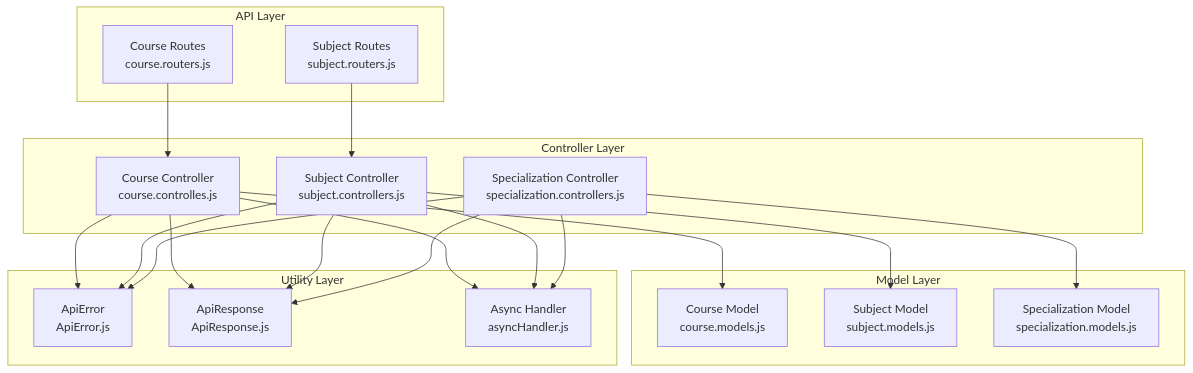
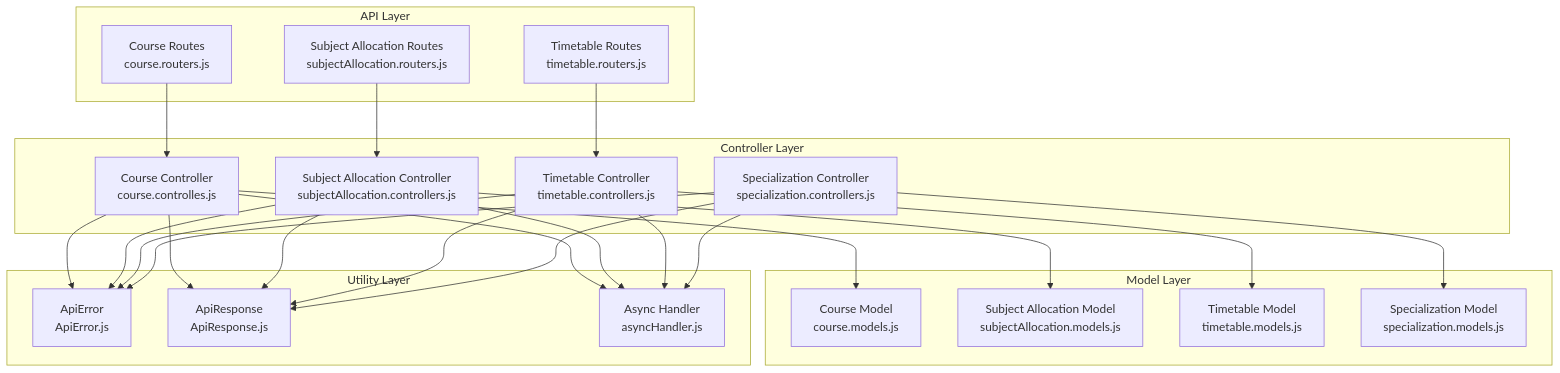
One commit to Aryan9060/Timetable-Project changed the first of 6 diagrams in .qoder/repowiki/en/content/API Reference/Master Data Endpoints/Course & Subject Management Endpoints.md. Above: the diagram before and after it, drawn with Mermaid. The commit also changed other lines of this file and 15 other files, not shown here.

````diff
--- a/.qoder/repowiki/en/content/API Reference/Master Data Endpoints/Course & Subject Management Endpoints.md
+++ b/.qoder/repowiki/en/content/API Reference/Master Data Endpoints/Course & Subject Management Endpoints.md
@@ -38,36 +49,44 @@
 ```mermaid
 graph TB
 subgraph "API Layer"
 COURSE_ROUTES["Course Routes<br/>course.routers.js"]
-SUBJECT_ROUTES["Subject Routes<br/>subject.routers.js"]
+SUBJECT_ALLOC_ROUTES["Subject Allocation Routes<br/>subjectAllocation.routers.js"]
+TIMETABLE_ROUTES["Timetable Routes<br/>timetable.routers.js"]
 end
 subgraph "Controller Layer"
 COURSE_CTRL["Course Controller<br/>course.controlles.js"]
-SUBJECT_CTRL["Subject Controller<br/>subject.controllers.js"]
+SUBJECT_ALLOC_CTRL["Subject Allocation Controller<br/>subjectAllocation.controllers.js"]
+TIMETABLE_CTRL["Timetable Controller<br/>timetable.controllers.js"]
 SPEC_CTRL["Specialization Controller<br/>specialization.controllers.js"]
 end
 subgraph "Model Layer"
 COURSE_MODEL["Course Model<br/>course.models.js"]
-SUBJECT_MODEL["Subject Model<br/>subject.models.js"]
+SUBJECT_ALLOC_MODEL["Subject Allocation Model<br/>subjectAllocation.models.js"]
+TIMETABLE_MODEL["Timetable Model<br/>timetable.models.js"]
 SPEC_MODEL["Specialization Model<br/>specialization.models.js"]
 end
 subgraph "Utility Layer"
 API_ERROR["ApiError<br/>ApiError.js"]
 API_RESPONSE["ApiResponse<br/>ApiResponse.js"]
 ASYNC_HANDLER["Async Handler<br/>asyncHandler.js"]
 end
 COURSE_ROUTES --> COURSE_CTRL
-SUBJECT_ROUTES --> SUBJECT_CTRL
+SUBJECT_ALLOC_ROUTES --> SUBJECT_ALLOC_CTRL
+TIMETABLE_ROUTES --> TIMETABLE_CTRL
 COURSE_CTRL --> COURSE_MODEL
-SUBJECT_CTRL --> SUBJECT_MODEL
+SUBJECT_ALLOC_CTRL --> SUBJECT_ALLOC_MODEL
+TIMETABLE_CTRL --> TIMETABLE_MODEL
 SPEC_CTRL --> SPEC_MODEL
 COURSE_CTRL --> API_ERROR
-SUBJECT_CTRL --> API_ERROR
+SUBJECT_ALLOC_CTRL --> API_ERROR
+TIMETABLE_CTRL --> API_ERROR
 SPEC_CTRL --> API_ERROR
 COURSE_CTRL --> API_RESPONSE
-SUBJECT_CTRL --> API_RESPONSE
+SUBJECT_ALLOC_CTRL --> API_RESPONSE
+TIMETABLE_CTRL --> API_RESPONSE
 SPEC_CTRL --> API_RESPONSE
 COURSE_CTRL --> ASYNC_HANDLER
-SUBJECT_CTRL --> ASYNC_HANDLER
+SUBJECT_ALLOC_CTRL --> ASYNC_HANDLER
+TIMETABLE_CTRL --> ASYNC_HANDLER
 SPEC_CTRL --> ASYNC_HANDLER
 ```
````
